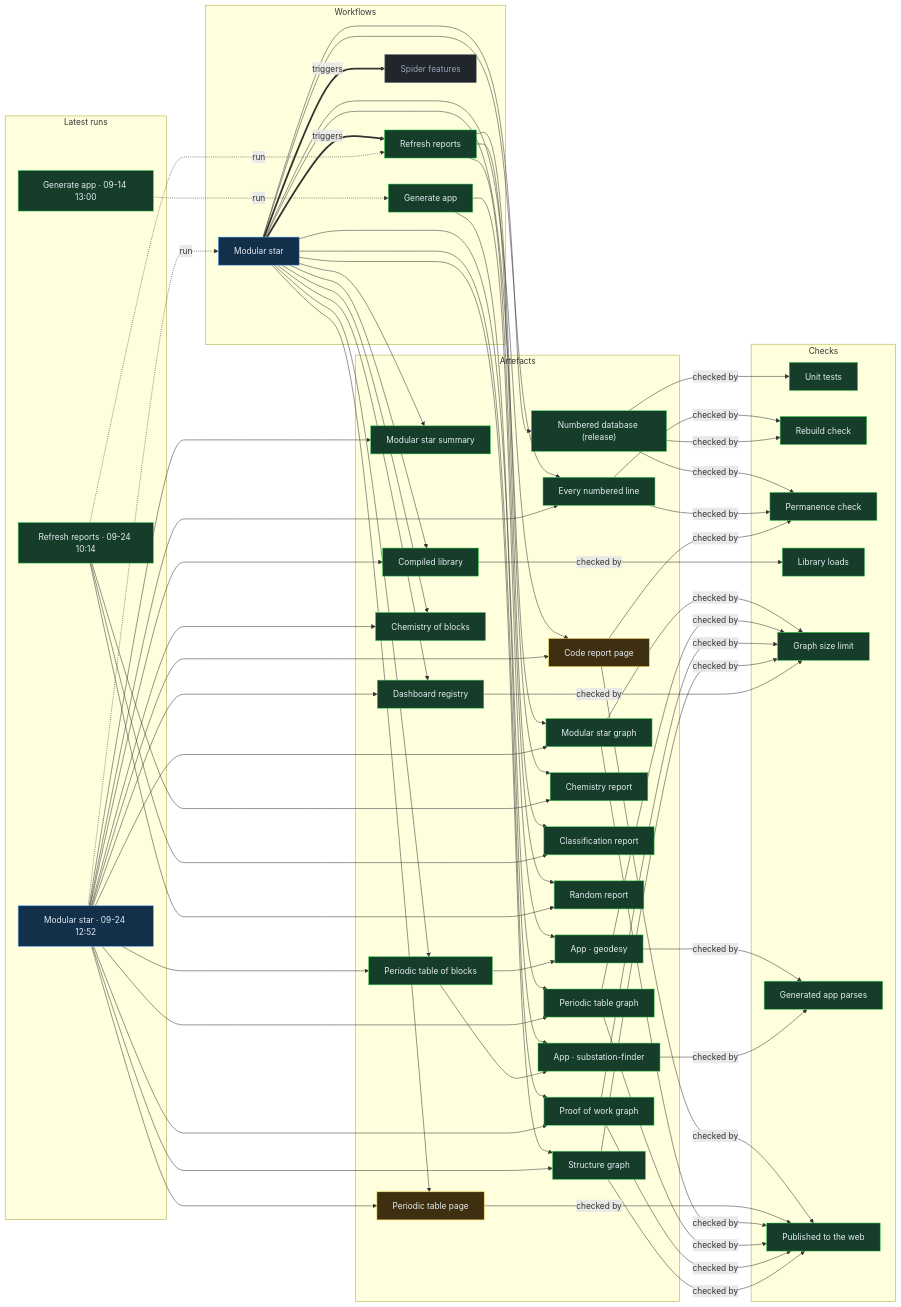
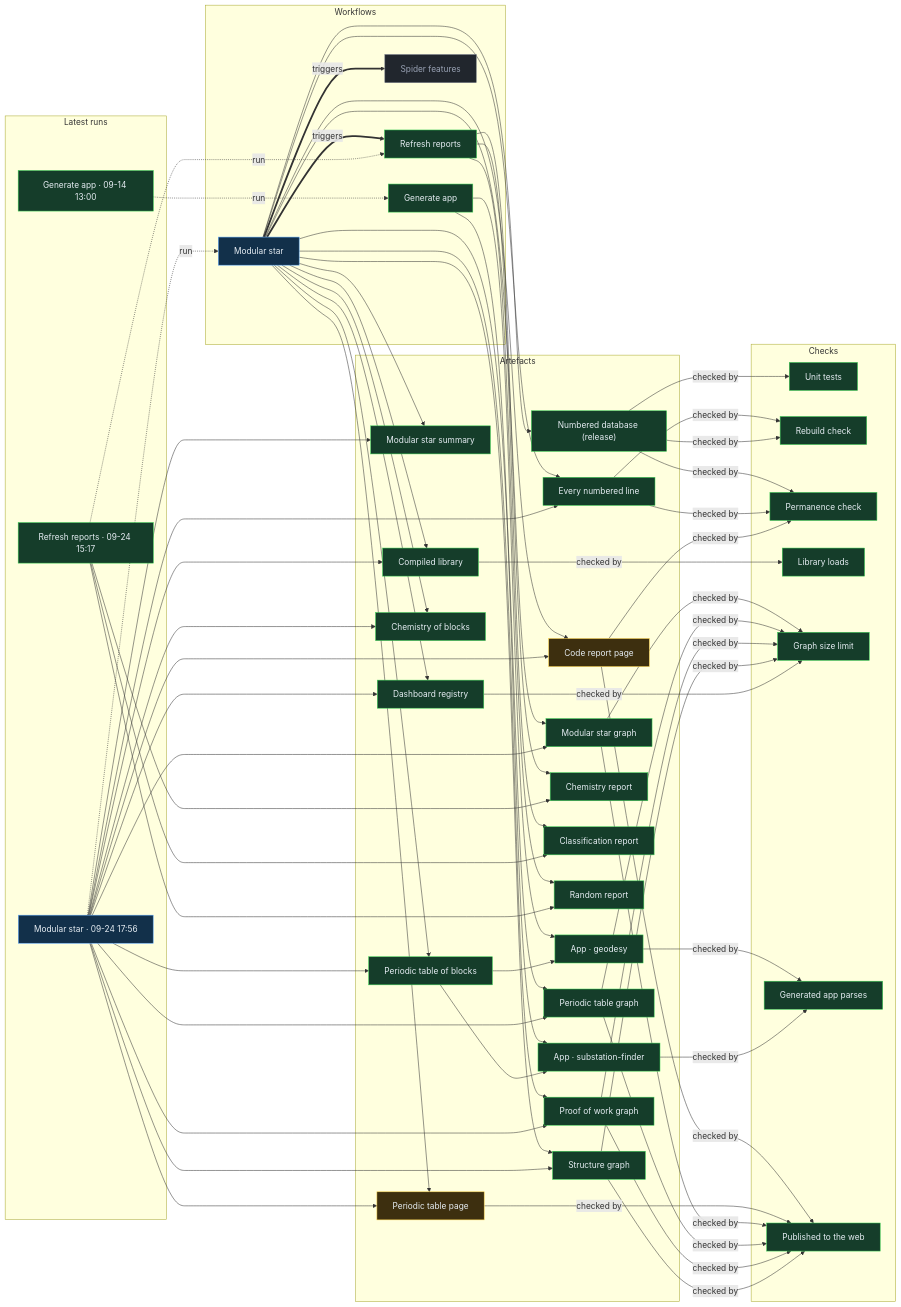
Before and after one commit to Ventusltd/stars: the diagram in proof/PROOF.md, drawn with Mermaid. The commit also changed other lines of this file and 126 other files, not shown here.

Commit message:
Modular star 2026-09-24T17:58Z

```diff
--- a/proof/PROOF.md
+++ b/proof/PROOF.md
@@ -24,8 +24,8 @@
   n_wf_spider_features["Spider features"]:::off
   end
   subgraph g_runs["Latest runs"]
-  n_run_36001876573["Modular star · 09-24 12:52"]:::live
-  n_run_35986049262["Refresh reports · 09-24 10:14"]:::ok
+  n_run_36037739892["Modular star · 09-24 17:56"]:::live
+  n_run_36019093402["Refresh reports · 09-24 15:17"]:::ok
   n_run_34846587798["Generate app · 09-14 13:00"]:::ok
   end
   subgraph g_artefacts["Artefacts"]
@@ -59,39 +59,39 @@
   end
   n_wf_modular_star == triggers ==> n_wf_refresh
   n_wf_modular_star == triggers ==> n_wf_spider_features
-  n_run_36001876573 -. run .-> n_wf_modular_star
-  n_run_35986049262 -. run .-> n_wf_refresh
+  n_run_36037739892 -. run .-> n_wf_modular_star
+  n_run_36019093402 -. run .-> n_wf_refresh
   n_run_34846587798 -. run .-> n_wf_generate
   n_wf_modular_star --> n_art_summary
-  n_run_36001876573 --> n_art_summary
+  n_run_36037739892 --> n_art_summary
   n_wf_modular_star --> n_art_lines
-  n_run_36001876573 --> n_art_lines
+  n_run_36037739892 --> n_art_lines
   n_wf_modular_star --> n_art_code
-  n_run_36001876573 --> n_art_code
+  n_run_36037739892 --> n_art_code
   n_wf_modular_star --> n_art_modular_graph
-  n_run_36001876573 --> n_art_modular_graph
+  n_run_36037739892 --> n_art_modular_graph
   n_wf_modular_star --> n_art_blocks
-  n_run_36001876573 --> n_art_blocks
+  n_run_36037739892 --> n_art_blocks
   n_wf_modular_star --> n_art_table
-  n_run_36001876573 --> n_art_table
+  n_run_36037739892 --> n_art_table
   n_wf_modular_star --> n_art_blocks_graph
-  n_run_36001876573 --> n_art_blocks_graph
+  n_run_36037739892 --> n_art_blocks_graph
   n_wf_modular_star --> n_art_reactions
-  n_run_36001876573 --> n_art_reactions
+  n_run_36037739892 --> n_art_reactions
   n_wf_modular_star --> n_art_library
-  n_run_36001876573 --> n_art_library
+  n_run_36037739892 --> n_art_library
   n_wf_modular_star --> n_art_features
-  n_run_36001876573 --> n_art_features
+  n_run_36037739892 --> n_art_features
   n_wf_modular_star --> n_art_proof
-  n_run_36001876573 --> n_art_proof
+  n_run_36037739892 --> n_art_proof
   n_wf_modular_star --> n_art_structure
-  n_run_36001876573 --> n_art_structure
+  n_run_36037739892 --> n_art_structure
   n_wf_refresh --> n_art_chemistry
-  n_run_35986049262 --> n_art_chemistry
+  n_run_36019093402 --> n_art_chemistry
   n_wf_refresh --> n_art_vedic
-  n_run_35986049262 --> n_art_vedic
+  n_run_36019093402 --> n_art_vedic
   n_wf_refresh --> n_art_random
-  n_run_35986049262 --> n_art_random
+  n_run_36019093402 --> n_art_random
   n_wf_modular_star --> n_art_release
   n_wf_generate --> n_app_geodesy
   n_art_blocks --> n_app_geodesy
```
